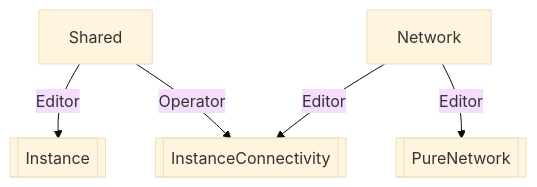
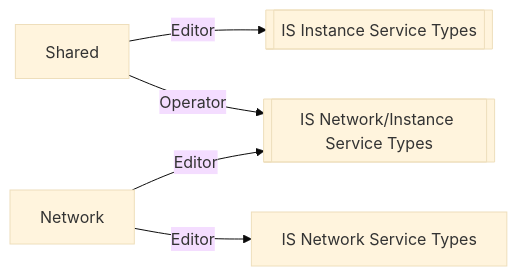
The first of 2 diagrams in README.md (powellquiring/vpc-tg-dns-iam), drawn with Mermaid (base theme) before and after one commit. The commit also changed other lines of this file and 3 other files, not shown here.

````diff
--- a/README.md
+++ b/README.md
@@ -41,7 +28,7 @@
 ``` mermaid
-graph TD;
-  Shared --Editor--> Instance[[Instance]]
-  Shared --Operator--> InstanceConnectivity[[InstanceConnectivity]]
-  Network --Editor--> InstanceConnectivity;
-  Network --Editor--> PureNetwork[[PureNetwork]];
+graph LR;
+  Shared --Editor--> Instance[[IS Instance Service Types]];
+  Shared --Operator--> InstanceNetwork[[IS Network/Instance Service Types]];
+  Network --Editor--> InstanceNetwork;
+  Network --Editor--> NetworkResources[IS Network Service Types];
 ```
````
